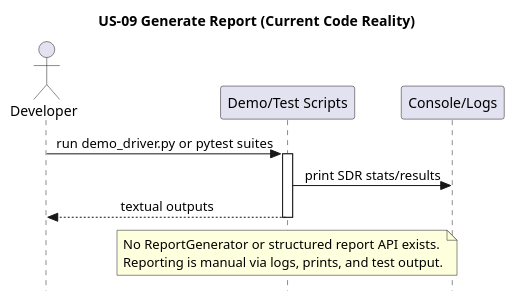
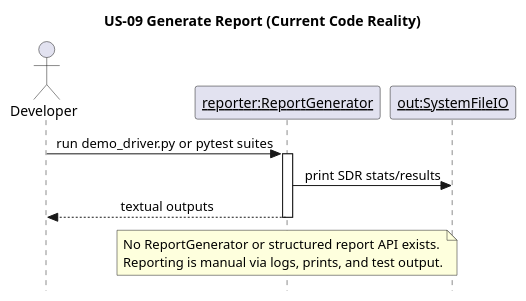
The diagram in docs/puml/US/us-09.puml (egrembocki/htmrl), drawn with PlantUML before and after one commit. The commit also changed 8 other files, not shown here.

```diff
--- a/docs/puml/US/us-09.puml
+++ b/docs/puml/US/us-09.puml
@@ -1,21 +1,21 @@
 @startuml
 skinparam style strictuml
 skinparam sequenceMessageAlign center
 skinparam responseMessageBelowArrow true
 title US-09 Generate Report (Current Code Reality)
 
 actor Developer
-participant "Demo/Test Scripts" as TS
-participant "Console/Logs" as OUT
+participant "<u>reporter:ReportGenerator</u>" as TS
+participant "<u>out:SystemFileIO</u>" as OUT
 
 Developer -> TS: run demo_driver.py or pytest suites
 activate TS
 TS -> OUT: print SDR stats/results
 TS --> Developer: textual outputs
 deactivate TS
 
 note over TS
 No ReportGenerator or structured report API exists.
 Reporting is manual via logs, prints, and test output.
 end note
 @enduml
```
